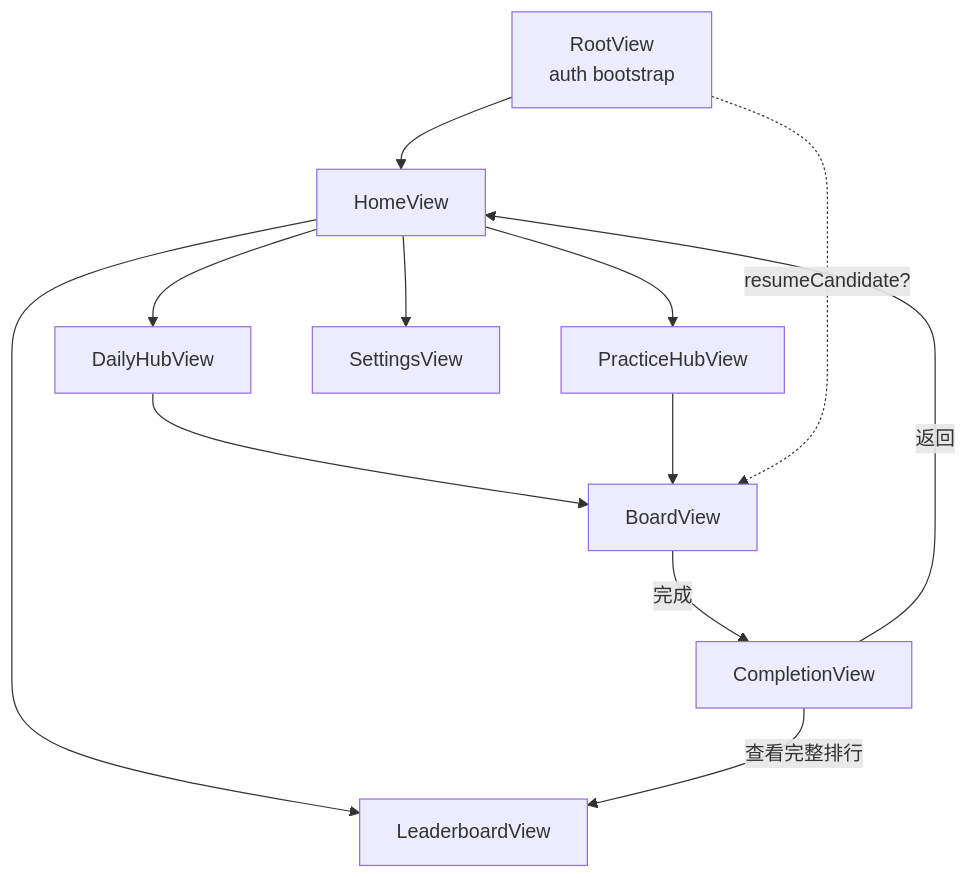
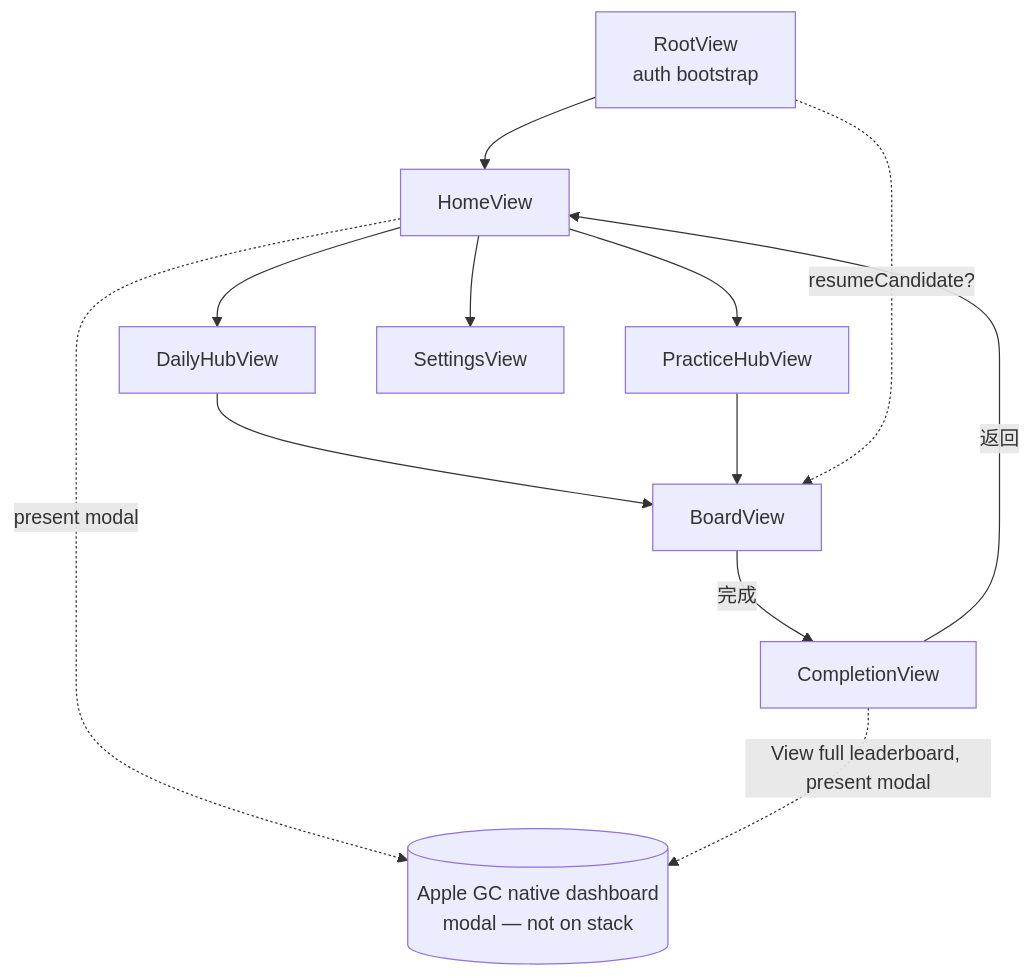
Before and after one commit to wei18/Sudoku: the diagram in docs/design.md, drawn with Mermaid. The commit also changed other lines of this file and 15 other files, not shown here.

````diff
--- a/docs/design.md
+++ b/docs/design.md
@@ -720,23 +729,23 @@
 ```mermaid
 flowchart TD
     Root[RootView<br/>auth bootstrap]
     Home[HomeView]
     Daily[DailyHubView]
     Practice[PracticeHubView]
     Board[BoardView]
     Done[CompletionView]
-    LB[LeaderboardView]
+    GC[(Apple GC native dashboard<br/>modal — not on stack)]
     Set[SettingsView]
 
     Root --> Home
     Home --> Daily
     Home --> Practice
-    Home --> LB
+    Home -.->|present modal| GC
     Home --> Set
     Daily --> Board
     Practice --> Board
     Board -->|完成| Done
-    Done -->|查看完整排行| LB
+    Done -.->|View full leaderboard, present modal| GC
     Done -->|返回| Home
     Root -.->|resumeCandidate?| Board
 ```
````
